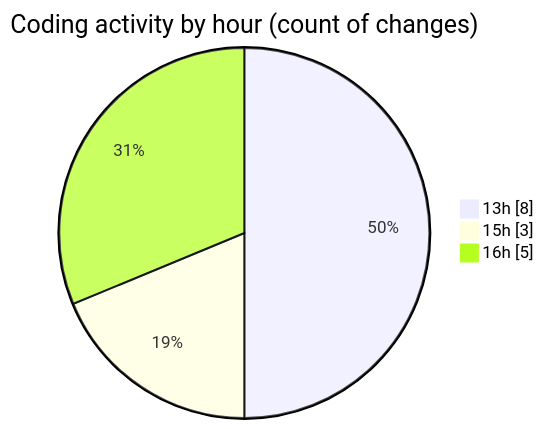
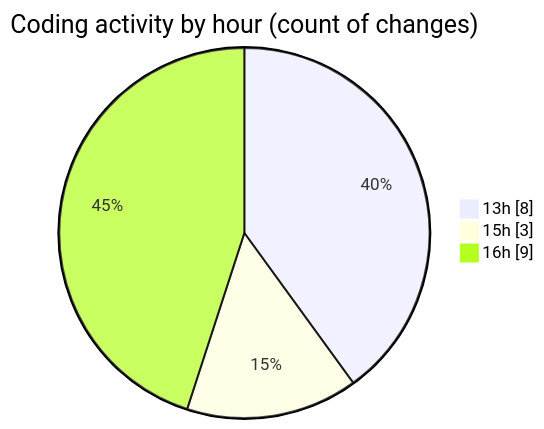
The second of 2 diagrams in 2025-08-01/nxtqube_webapp/README.md (nxtqubesakshisongat/code-tracking), drawn with Mermaid before and after one commit. The commit also changed other lines of this file and 1 other file, not shown here.

````diff
--- a/2025-08-01/nxtqube_webapp/README.md
+++ b/2025-08-01/nxtqube_webapp/README.md
@@ -34,7 +34,7 @@
 ```mermaid
 pie showData
 title Coding activity by hour (count of changes)
 "13h" : 8
 "15h" : 3
-"16h" : 5
+"16h" : 9
 ```
````
